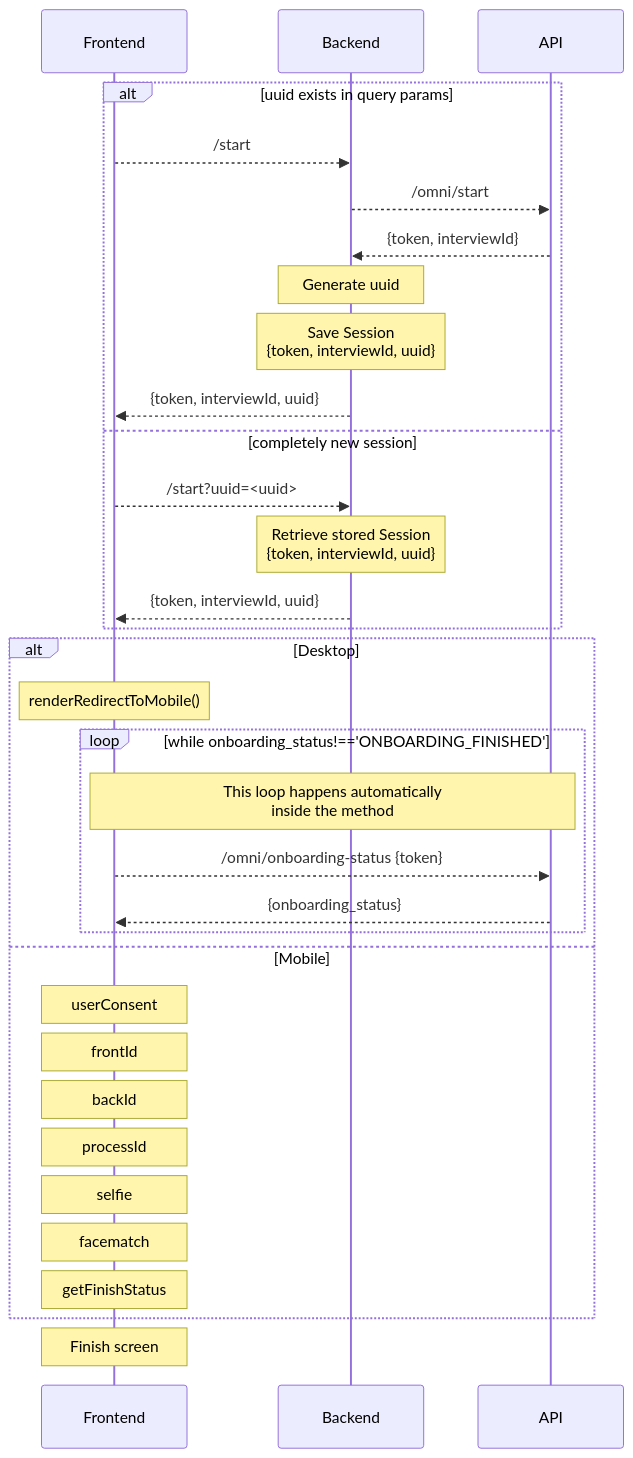
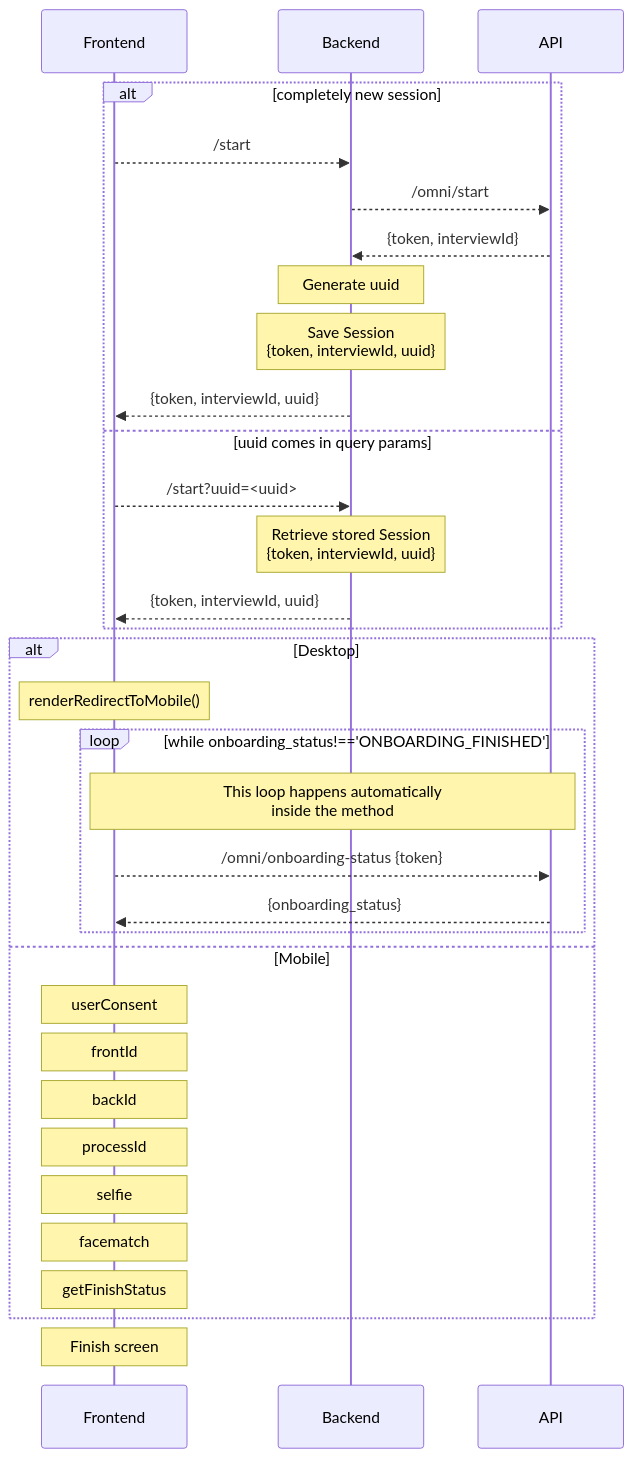
The diagram in vite-web-sdk/README.md (Incode-Technologies-Example-Repos/javascript-samples), drawn with Mermaid before and after one commit.

Commit message:
corrected diagram

````diff
--- a/vite-web-sdk/README.md
+++ b/vite-web-sdk/README.md
@@ -21,38 +21,38 @@
 ```mermaid
 sequenceDiagram
     participant f as Frontend
     participant b as Backend
     participant a as API
     
-    alt uuid exists in query params
+    alt completely new session
         f -->> b: /start
         b -->> a: /omni/start
         a -->> b: {token, interviewId}
         note over b: Generate uuid
         note over b: Save Session<br>{token, interviewId, uuid}
         b-->> f: {token, interviewId, uuid}
-    else completely new session
+    else uuid comes in query params
         f -->> b: /start?uuid=<uuid>
         note over b: Retrieve stored Session<br>{token, interviewId, uuid}
         b-->> f: {token, interviewId, uuid}
     end
 
     alt Desktop
         note over f: renderRedirectToMobile()
         
         loop while onboarding_status!=='ONBOARDING_FINISHED'
         note over f, a: This loop happens automatically<br> inside the method
             f -->> a: /omni/onboarding-status {token}
             a-->> f: {onboarding_status}
         end
     else Mobile
         note over f: userConsent
         note over f: frontId
         note over f: backId
         note over f: processId
         note over f: selfie
         note over f: facematch
         note over f: getFinishStatus
     end
     note over f: Finish screen
 ```
````
